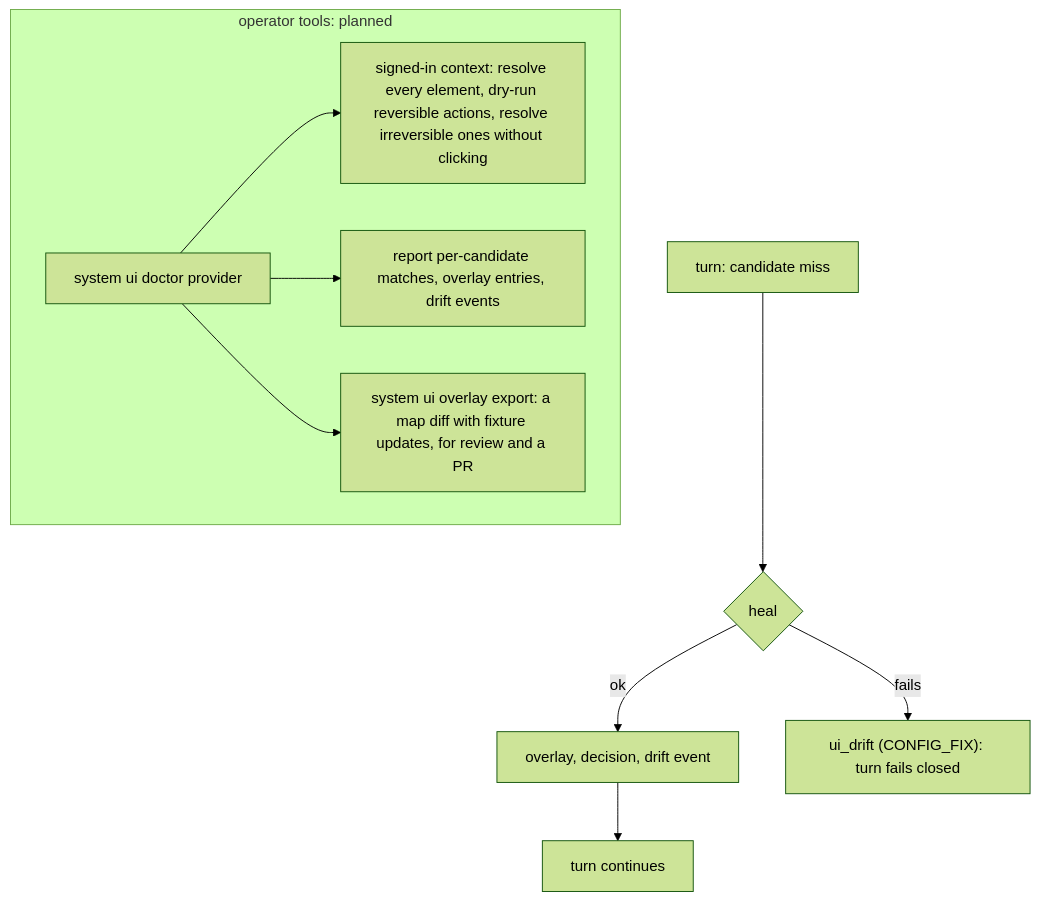
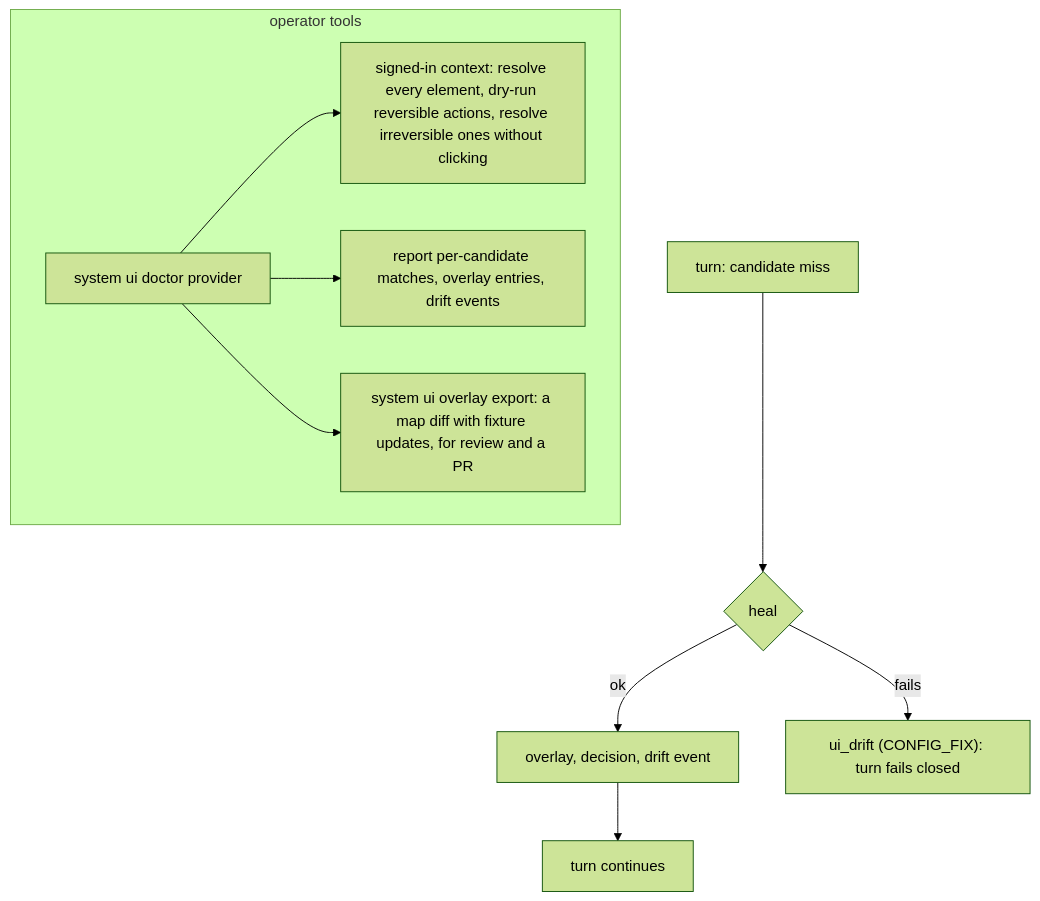
One commit to tsuuanmi/system changed the second of 2 diagrams in docs/design/ui-operations.md. Above: the diagram before and after it, drawn with Mermaid (forest theme). The commit also changed other lines of this file and 19 other files, not shown here.

````diff
--- a/docs/design/ui-operations.md
+++ b/docs/design/ui-operations.md
@@ -254,11 +254,11 @@
 ```mermaid
 flowchart TD
   T[turn: candidate miss] --> H{heal}
   H -->|ok| O[overlay, decision, drift event] --> C[turn continues]
   H -->|fails| F["ui_drift (CONFIG_FIX): turn fails closed"]
-  subgraph Planned[operator tools: planned]
+  subgraph Tools[operator tools]
     U[system ui doctor provider] --> U1[signed-in context: resolve every element, dry-run reversible actions, resolve irreversible ones without clicking]
     U --> U2[report per-candidate matches, overlay entries, drift events]
     U --> X[system ui overlay export: a map diff with fixture updates, for review and a PR]
   end
 ```
````
